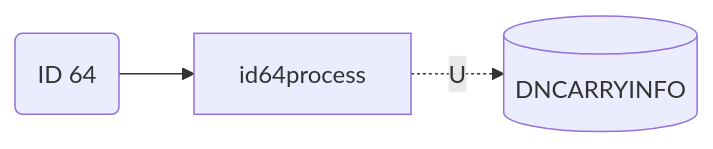
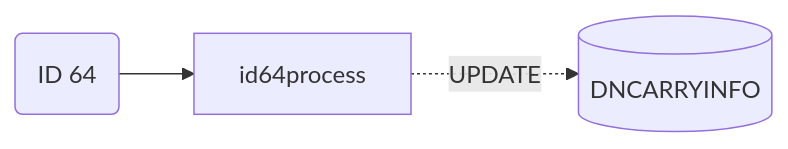
The fourth of 5 diagrams in Basic-Design/DFD-WMS/Storage/Planned-Storage-Packaging-Material/Storage-Flow-(Packaging-Material).md (luthfiadityaa/SimeDarby-Wiki), drawn with Mermaid before and after one commit. The commit also changed other lines of this file, not shown here.

Commit message:
Updated Storage Flow (Packaging Material)

```diff
--- a/Basic-Design/DFD-WMS/Storage/Planned-Storage-Packaging-Material/Storage-Flow-(Packaging-Material).md
+++ b/Basic-Design/DFD-WMS/Storage/Planned-Storage-Packaging-Material/Storage-Flow-(Packaging-Material).md
@@ -184,14 +184,14 @@
 ::: mermaid
 flowchart LR
 
 id64("
 ID 64
 ")
 
 id64-update[("
 DNCARRYINFO
 ")]
 
 id64-->id64process
-id64process-.U.->id64-update
+id64process-.UPDATE.->id64-update
 :::
```
